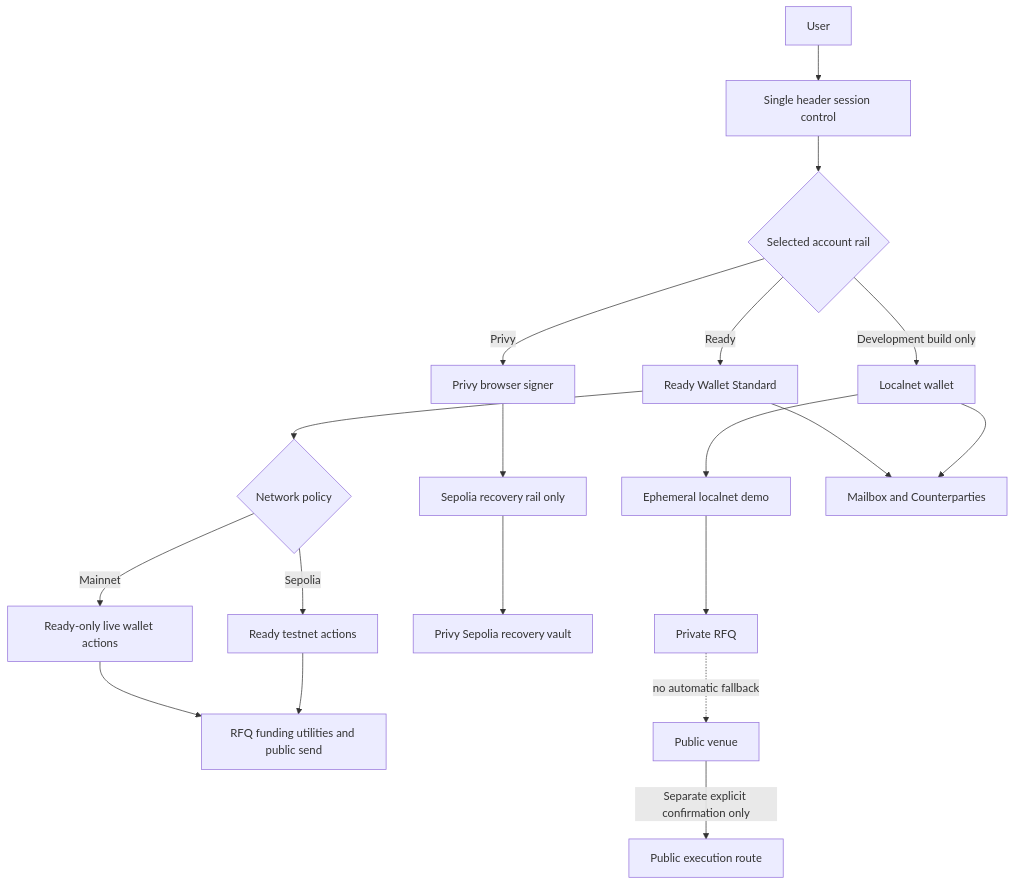
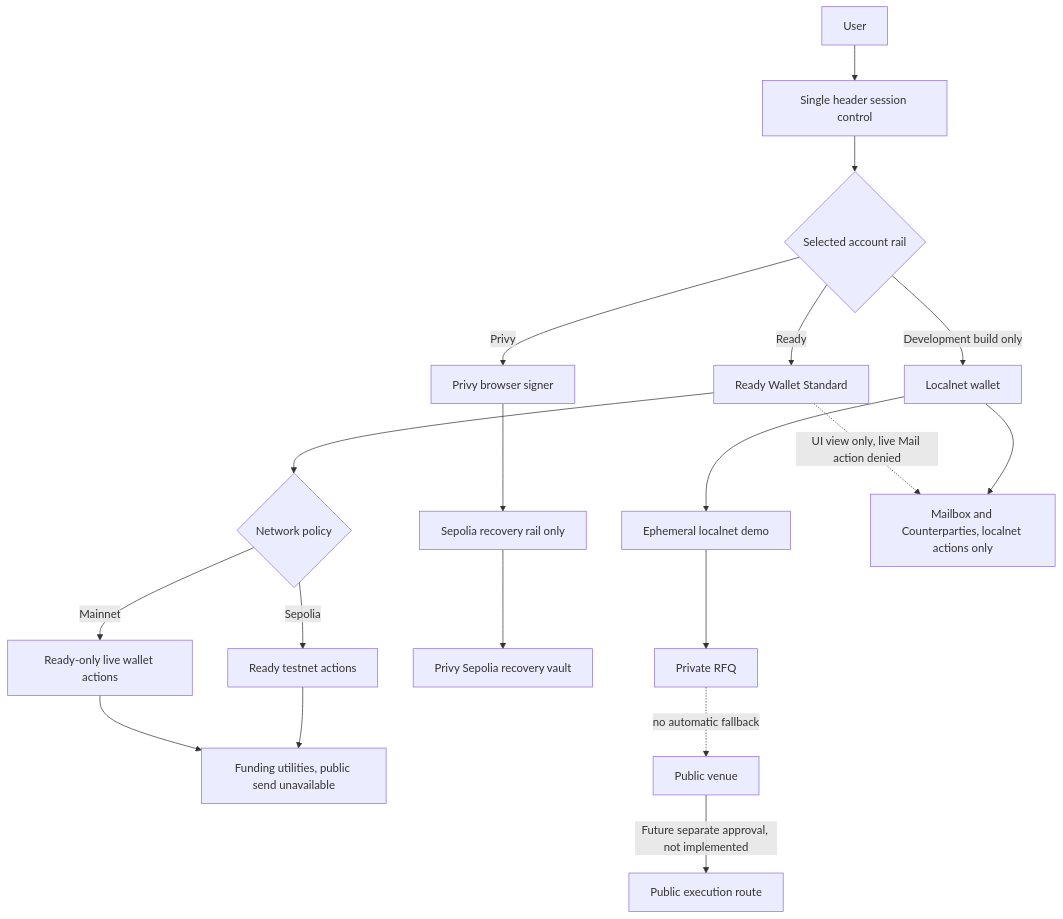
The first of 8 diagrams in docs/APP20_PROCESS_DIAGRAMS.md (gstohl/app20), drawn with Mermaid before and after one commit. The commit also changed other lines of this file and 212 other files, not shown here.

````diff
--- a/docs/APP20_PROCESS_DIAGRAMS.md
+++ b/docs/APP20_PROCESS_DIAGRAMS.md
@@ -7,26 +7,26 @@
 ```mermaid
 flowchart TD
     U[User] --> H[Single header session control]
     H --> R{Selected account rail}
 
     R -->|Ready| RW[Ready Wallet Standard]
     R -->|Privy| PV[Privy browser signer]
     R -->|Development build only| LW[Localnet wallet]
 
     RW --> RN{Network policy}
     RN -->|Mainnet| RM[Ready-only live wallet actions]
     RN -->|Sepolia| RS[Ready testnet actions]
 
     PV --> PS[Sepolia recovery rail only]
     LW --> LD[Ephemeral localnet demo]
 
-    RM --> V[RFQ funding utilities and public send]
+    RM --> V[Funding utilities, public send unavailable]
     RS --> V
     PS --> PR[Privy Sepolia recovery vault]
     LD --> D[Private RFQ]
-    RW --> M[Mailbox and Counterparties]
+    RW -. UI view only, live Mail action denied .-> M[Mailbox and Counterparties, localnet actions only]
     LW --> M
 
     D -. no automatic fallback .-> X[Public venue]
-    X -->|Separate explicit confirmation only| PX[Public execution route]
+    X -->|Future separate approval, not implemented| PX[Public execution route]
 ```
````
